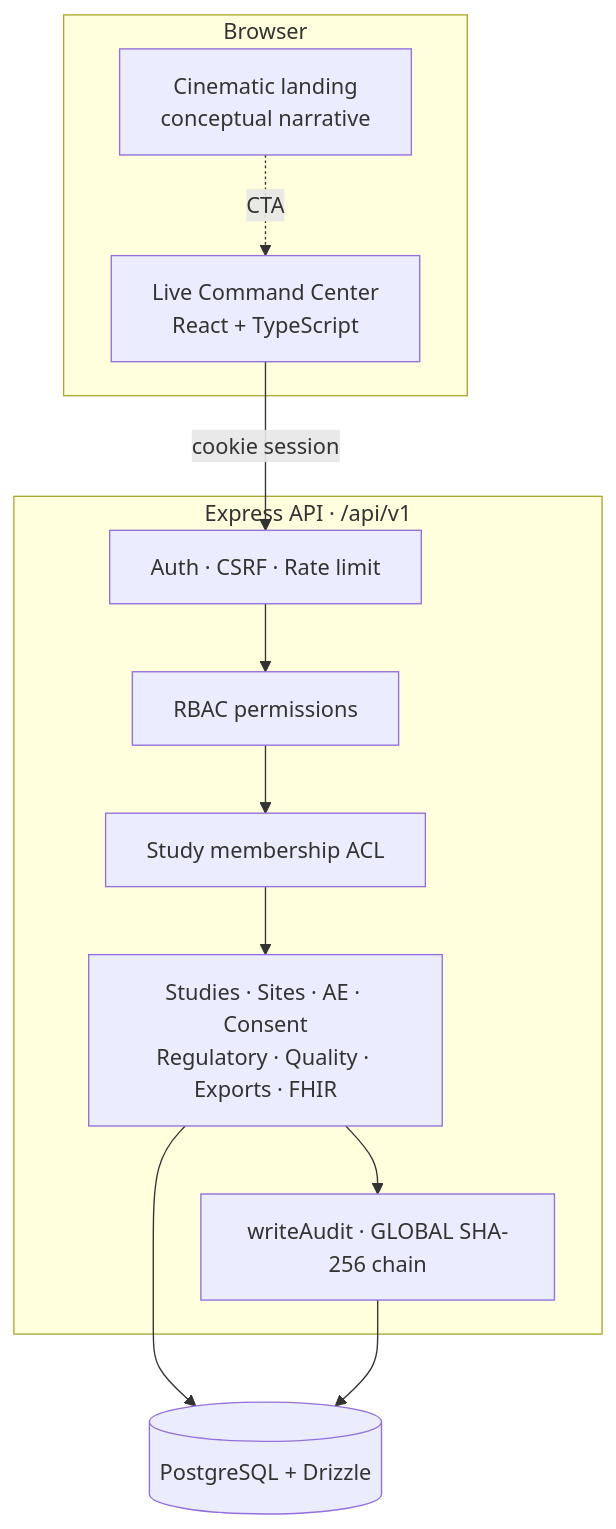
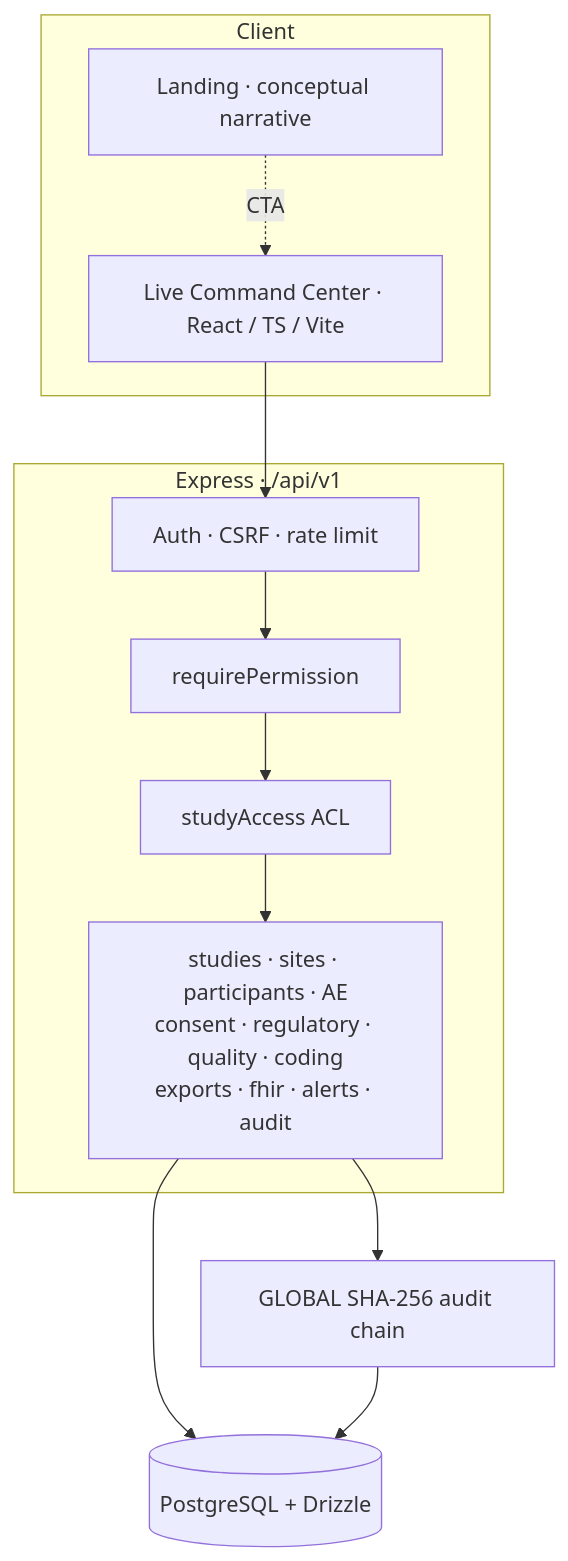
Before and after one commit to nishant-uxs/vedraya: the first of 3 diagrams in README.md, drawn with Mermaid. The commit also changed other lines of this file, not shown here.

````diff
--- a/README.md
+++ b/README.md
@@ -38,24 +113,22 @@
 ```mermaid
 flowchart TB
-  subgraph Client["Browser"]
-    Landing["Cinematic landing<br/>conceptual narrative"]
-    CC["Live Command Center<br/>React + TypeScript"]
+  subgraph Client
+    Landing["Landing · conceptual narrative"]
+    CC["Live Command Center · React / TS / Vite"]
   end
 
-  subgraph API["Express API · /api/v1"]
-    Auth["Auth · CSRF · Rate limit"]
-    RBAC["RBAC permissions"]
-    ACL["Study membership ACL"]
-    Modules["Studies · Sites · AE · Consent<br/>Regulatory · Quality · Exports · FHIR"]
-    Audit["writeAudit · GLOBAL SHA-256 chain"]
+  subgraph API["Express · /api/v1"]
+    Gate["Auth · CSRF · rate limit"]
+    RBAC["requirePermission"]
+    ACL["studyAccess ACL"]
+    Dom["studies · sites · participants · AE<br/>consent · regulatory · quality · coding<br/>exports · fhir · alerts · audit"]
   end
 
   DB[(PostgreSQL + Drizzle)]
+  Chain["GLOBAL SHA-256 audit chain"]
 
   Landing -.->|"CTA"| CC
-  CC -->|"cookie session"| Auth
-  Auth --> RBAC --> ACL --> Modules
-  Modules --> Audit
-  Modules --> DB
-  Audit --> DB
+  CC --> Gate --> RBAC --> ACL --> Dom
+  Dom --> DB
+  Dom --> Chain --> DB
 ```
````
